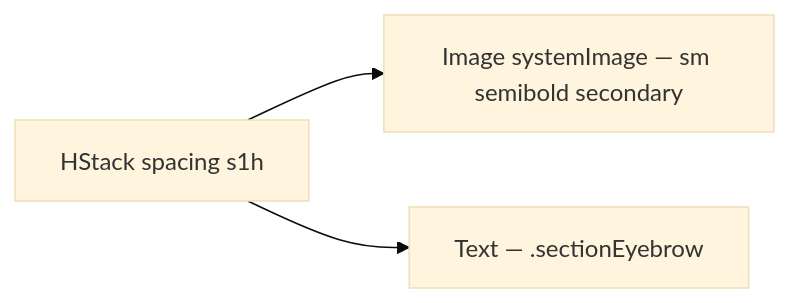
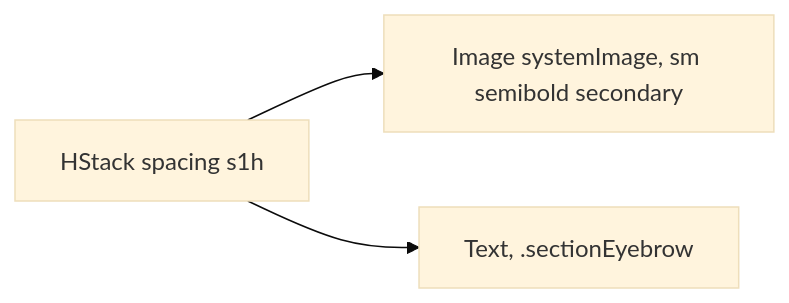
The diagram in design-system/components/card-eyebrow-header.md (MrDemonWolf/WolfWave), drawn with Mermaid (base theme) before and after one commit. The commit also changed other lines of this file and 152 other files, not shown here.

````diff
--- a/design-system/components/card-eyebrow-header.md
+++ b/design-system/components/card-eyebrow-header.md
@@ -24,5 +24,5 @@
 ```mermaid
 graph LR
-  Row[HStack spacing s1h] --> Icon[Image systemImage — sm semibold secondary]
-  Row --> Label[Text — .sectionEyebrow]
+  Row[HStack spacing s1h] --> Icon[Image systemImage, sm semibold secondary]
+  Row --> Label[Text, .sectionEyebrow]
 ```
````
